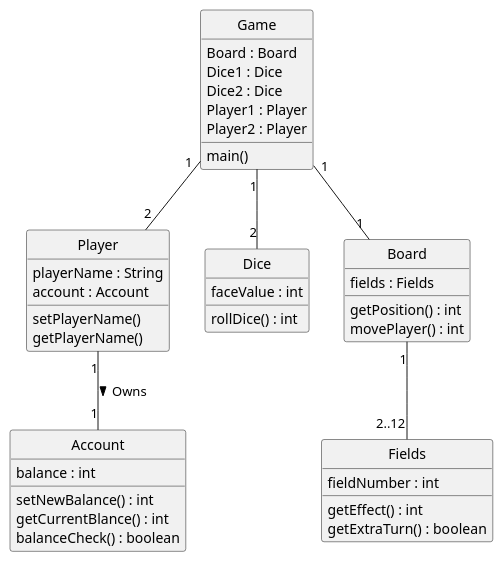
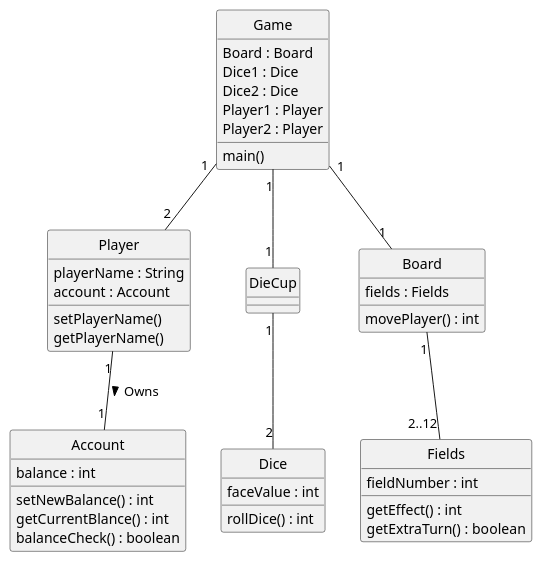
One commit to PhilipCramer/CDIO_del2 changed the diagram in src/main/resources/DesignClassDiagram.puml. Above: the diagram before and after it, drawn with PlantUML.

Commit message:
Added the Diecup Class to Class Diagram, minor changes

```diff
--- a/src/main/resources/DesignClassDiagram.puml
+++ b/src/main/resources/DesignClassDiagram.puml
@@ -1,56 +1,59 @@
 @startuml ClassDiagram
 skinparam style strictuml
 
 class "Game" as Game {
     Board : Board
     Dice1 : Dice
     Dice2 : Dice
     Player1 : Player
     Player2 : Player
 
     main()
 }
 class "Player" as Player {
     playerName : String
     account : Account
 
     setPlayerName()
     getPlayerName()
 
 }
 
 class "Account" as Account {
     balance : int
 
     setNewBalance() : int
     getCurrentBlance() : int
     balanceCheck() : boolean
 }
 
+class "DieCup" as Diecup {
+
+}
+
 class "Dice" as Dice {
     faceValue : int
 
     rollDice() : int
 }
 
 class "Board" as Board {
     fields : Fields
 
-    getPosition() : int
     movePlayer() : int
 }
 
 class "Fields" as Field {
     fieldNumber : int
 
     getEffect() : int
     getExtraTurn() : boolean
 }
 
 Player "1" -- "1" Account : Owns >
 Game "1" -- "2" Player 
 Game "1" -- "1" Board
 Board "1" -- "2..12" Field
-Game "1" -- "2" Dice
-
+Game "1" -- "1" Diecup
+Diecup "1" -- "2" Dice
 @enduml
```
